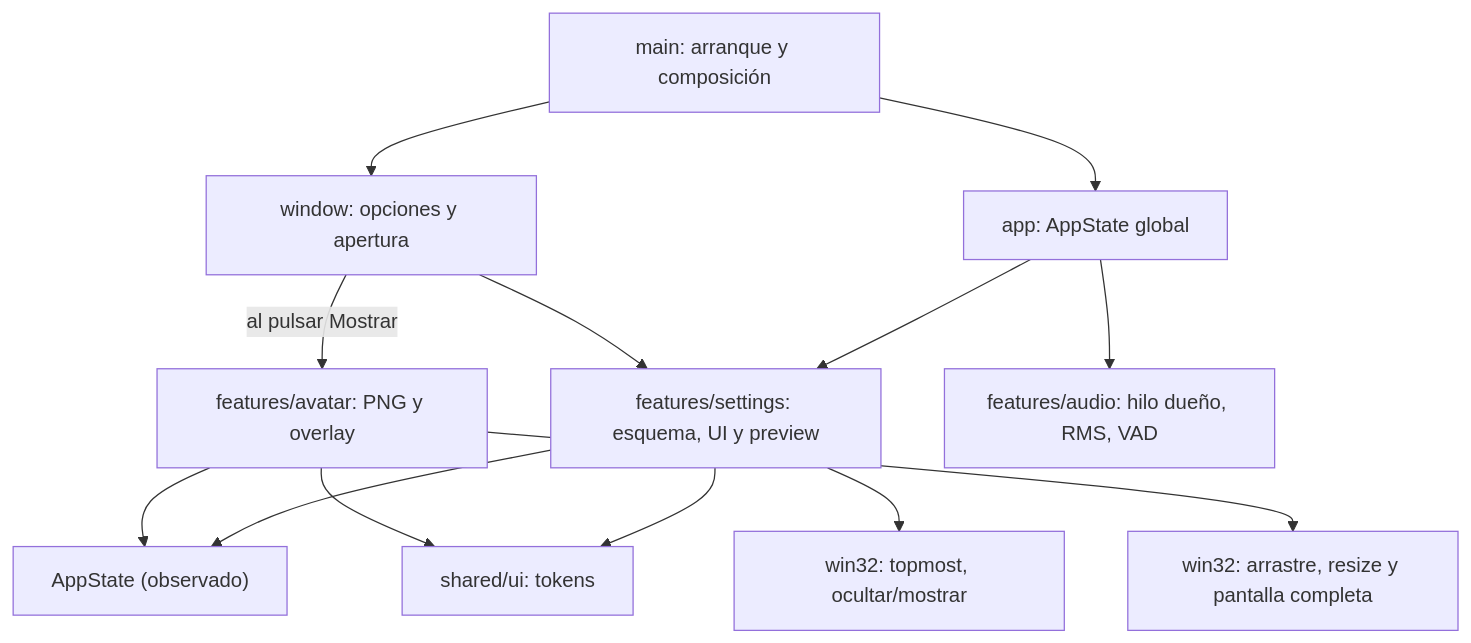
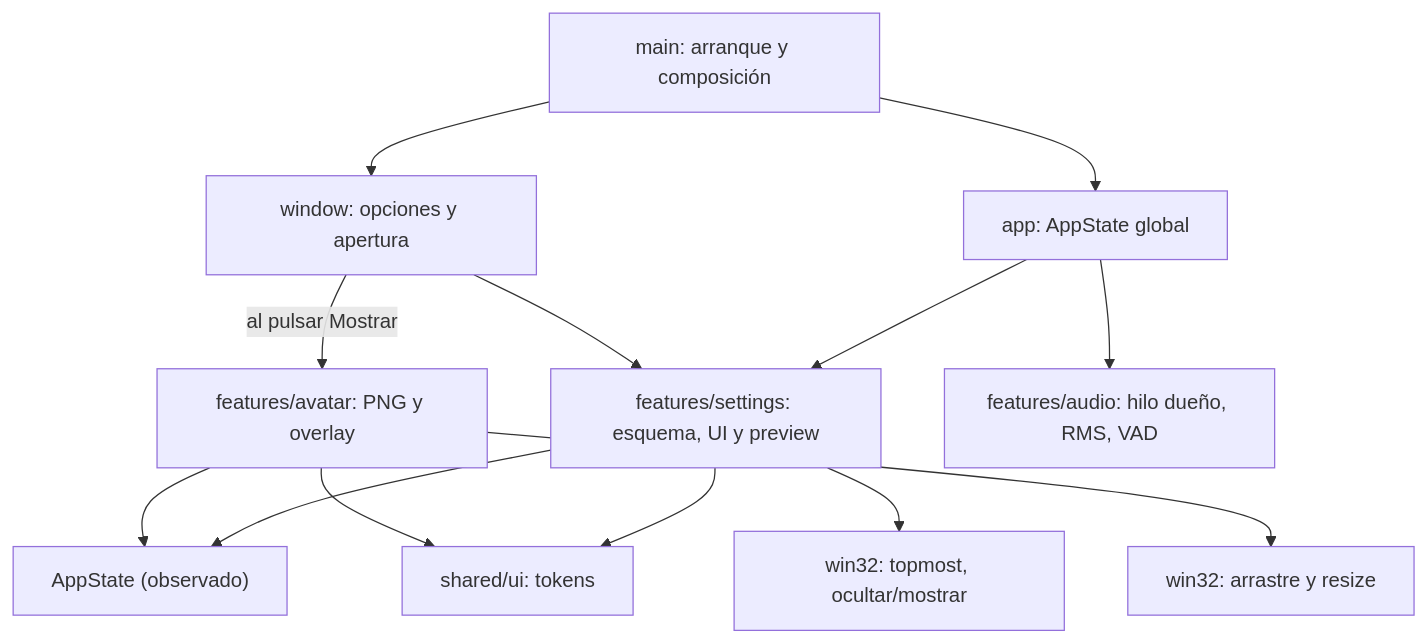
The first of 2 diagrams in docs/architecture.md (roldyoran/gpui-hola-mundo), drawn with Mermaid before and after one commit. The commit also changed other lines of this file and 9 other files, not shown here.

First line of the commit message:
fix(overlay): quita pantalla completa y arregla el scroll de ajustes

````diff
--- a/docs/architecture.md
+++ b/docs/architecture.md
@@ -9,16 +9,16 @@
 ```mermaid
 flowchart TD
     Main["main: arranque y composición"] --> Window["window: opciones y apertura"]
     Main --> App["app: AppState global"]
     Window --> Settings["features/settings: esquema, UI y preview"]
     Window -->|"al pulsar Mostrar"| Avatar["features/avatar: PNG y overlay"]
 
     App --> Audio["features/audio: hilo dueño, RMS, VAD"]
     App --> Settings
     Avatar --> State["AppState (observado)"]
     Settings --> State
     Avatar --> UI["shared/ui: tokens"]
     Settings --> UI
     Settings --> Native["win32: topmost, ocultar/mostrar"]
-    Avatar --> Native2["win32: arrastre, resize y pantalla completa"]
+    Avatar --> Native2["win32: arrastre y resize"]
 ```
````
